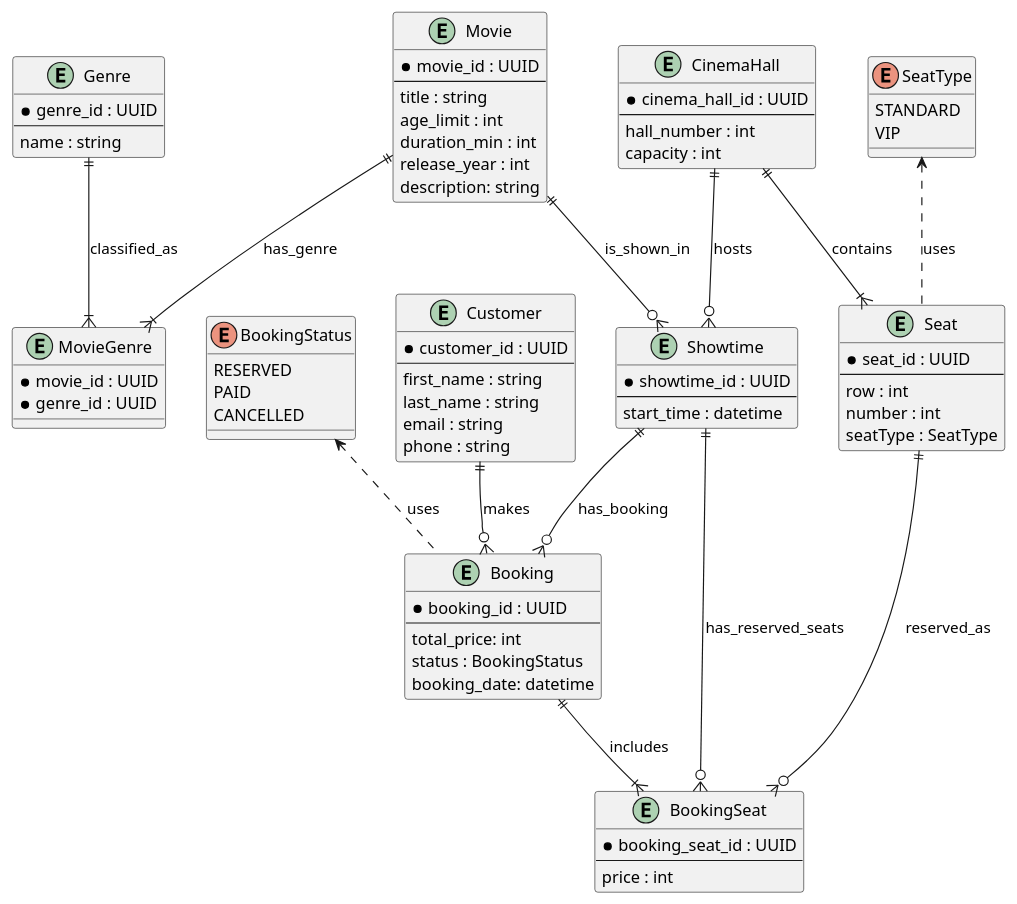
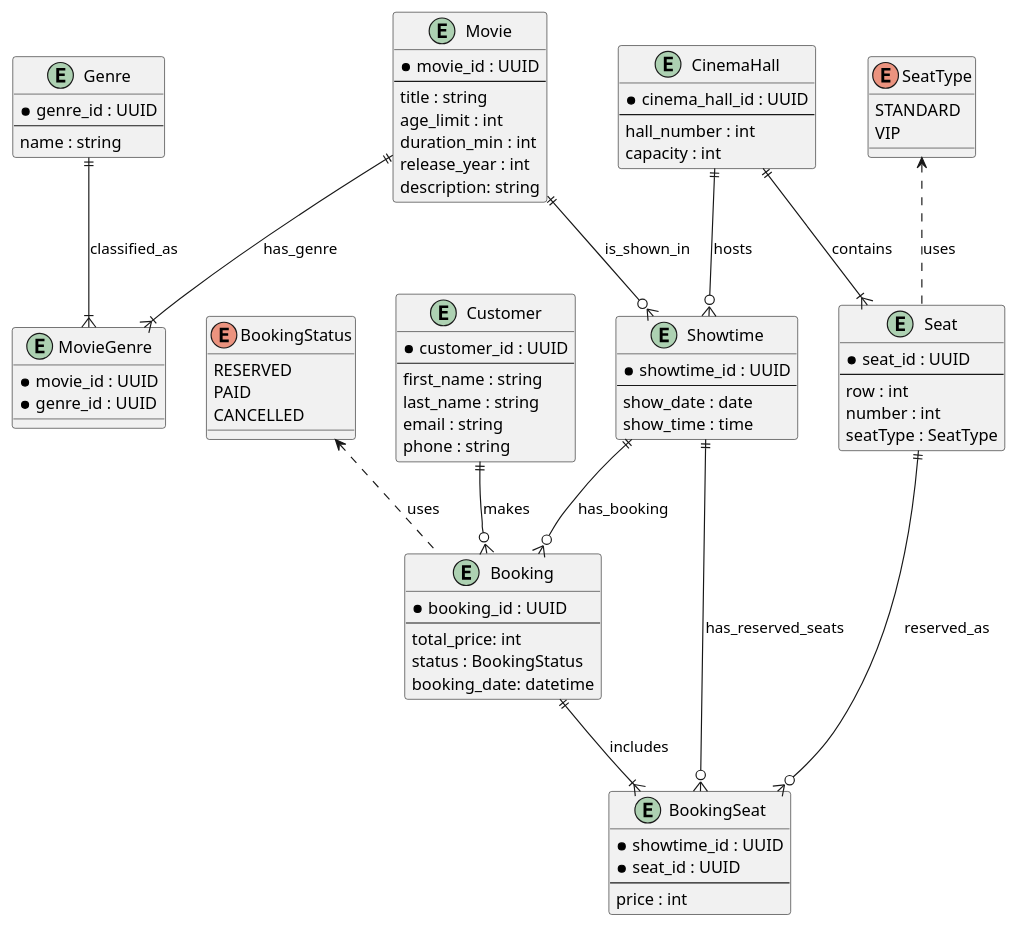
Before and after one commit to Fererra/KPI: the diagram in Lab1/cinema.puml, drawn with PlantUML. The commit also changed 2 other files, not shown here.

Commit message:
feat: split showtime start_time into show_date and show_time; update types; add composite key to BookingSeat

```diff
--- a/Lab1/cinema.puml
+++ b/Lab1/cinema.puml
@@ -1,93 +1,95 @@
 @startuml
 
 enum SeatType {
   STANDARD
   VIP
 }
 
 enum BookingStatus {
   RESERVED
   PAID
   CANCELLED
 }
 
 entity Movie {
   *movie_id : UUID
   --
   title : string
   age_limit : int
   duration_min : int
   release_year : int
   description: string
 }
 
 entity Genre {
   *genre_id : UUID
   --
   name : string
 }
 
 entity MovieGenre {
   *movie_id : UUID
   *genre_id : UUID
 }
 
 entity CinemaHall {
   *cinema_hall_id : UUID
   --
   hall_number : int
   capacity : int
 }
 
 entity Seat {
   *seat_id : UUID
   --
   row : int
   number : int
   seatType : SeatType
 }
 
 entity Showtime {
   *showtime_id : UUID
   --
-  start_time : datetime
+  show_date : date
+  show_time : time
 }
 
 
 entity Customer {
   *customer_id : UUID
   --
   first_name : string
   last_name : string
   email : string
   phone : string
 }
 
 entity Booking {
   *booking_id : UUID
   --
   total_price: int
   status : BookingStatus
   booking_date: datetime
 }
 
 entity BookingSeat {
-  *booking_seat_id : UUID
+  *showtime_id : UUID
+  *seat_id : UUID
   --
   price : int
 }
 
 SeatType <.. Seat : uses
 BookingStatus <.. Booking : uses
 
 Movie ||--|{ MovieGenre : has_genre
 Genre ||--|{ MovieGenre : classified_as
 Movie ||--o{ Showtime : is_shown_in
 CinemaHall ||--|{ Seat : contains
 CinemaHall ||--o{ Showtime : hosts
 Seat ||--o{ BookingSeat : reserved_as
 Booking ||--|{ BookingSeat : includes
 Showtime ||--o{ Booking : has_booking
 Showtime ||--o{ BookingSeat : has_reserved_seats
 Customer ||--o{ Booking : makes
 @enduml
```
